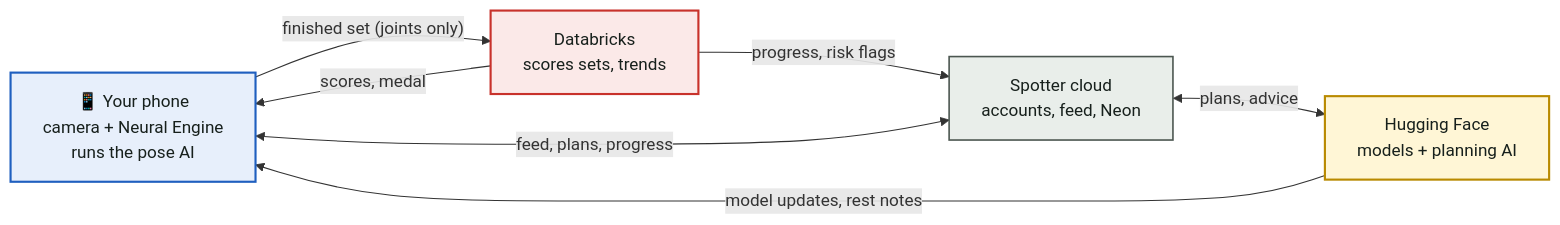
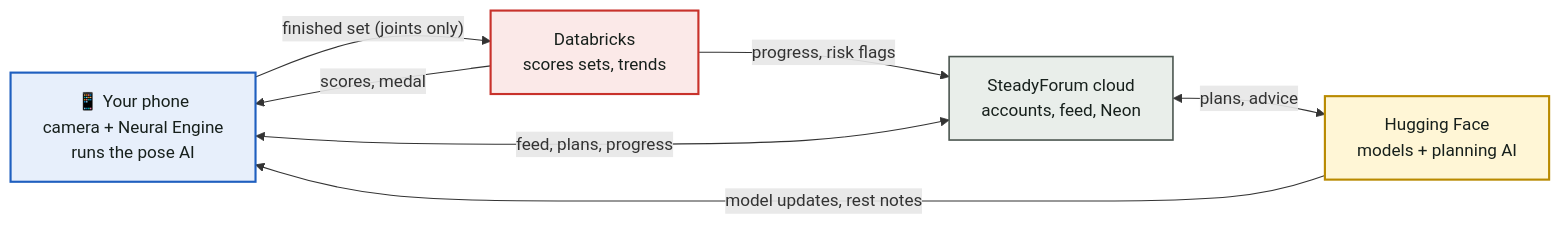
One commit to Del0m/KnightHacks2026 changed the first of 17 diagrams in Architecture.md. Above: the diagram before and after it, drawn with Mermaid. The commit also changed other lines of this file and 176 other files, not shown here.

Commit message:
Rename project to SteadyForum and add full verification CI

````diff
--- a/Architecture.md
+++ b/Architecture.md
@@ -96,23 +96,23 @@
 ```mermaid
 flowchart LR
     Phone["📱 Your phone<br/>camera + Neural Engine<br/>runs the pose AI"]
     DBX["Databricks<br/>scores sets, trends"]
     HF["Hugging Face<br/>models + planning AI"]
-    Cloud["Spotter cloud<br/>accounts, feed, Neon"]
+    Cloud["SteadyForum cloud<br/>accounts, feed, Neon"]
 
     Phone -- "finished set (joints only)" --> DBX
     DBX -- "scores, medal" --> Phone
     HF -- "model updates, rest notes" --> Phone
     DBX -- "progress, risk flags" --> Cloud
     Cloud <-- "plans, advice" --> HF
     Phone <-- "feed, plans, progress" --> Cloud
 
     classDef phone fill:#e7effb,stroke:#1f5fbf,stroke-width:2px,color:#17201c
     classDef dbx fill:#fbe9e8,stroke:#c8322b,stroke-width:2px,color:#17201c
     classDef hf fill:#fff6d6,stroke:#b98a00,stroke-width:2px,color:#17201c
     classDef neutral fill:#e9eeea,stroke:#4b5650,stroke-width:1.5px,color:#17201c
     class Phone phone
     class DBX dbx
     class HF hf
     class Cloud neutral
 ```
````
